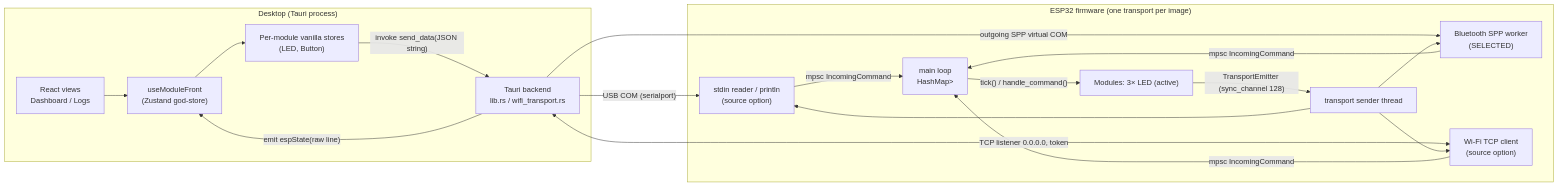
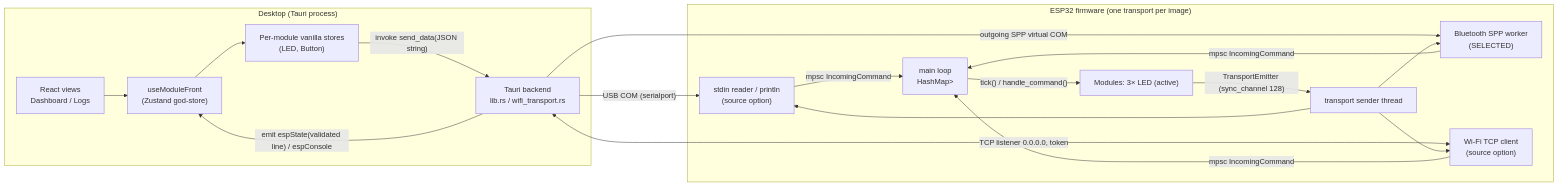
The diagram in docs/audits/architecture/current-system.md (Adeun-Ilemobola/Pinora_Templat), drawn with Mermaid before and after one commit. The commit also changed other lines of this file and 8 other files, not shown here.

First line of the commit message:
docs,ci: document pairing window and espConsole; run Tauri tests in CI (Phase 1C)

````diff
--- a/docs/audits/architecture/current-system.md
+++ b/docs/audits/architecture/current-system.md
@@ -37,21 +37,21 @@
 ```mermaid
 flowchart LR
   subgraph Desktop["Desktop (Tauri process)"]
     React["React views\nDashboard / Logs"] --> Store["useModuleFront\n(Zustand god-store)"]
     Store --> ModStores["Per-module vanilla stores\n(LED, Button)"]
     ModStores -->|"invoke send_data(JSON string)"| Tauri["Tauri backend\nlib.rs / wifi_transport.rs"]
-    Tauri -->|"emit espState(raw line)"| Store
+    Tauri -->|"emit espState(validated line) / espConsole"| Store
   end
   Tauri -->|"USB COM (serialport)"| UART
   Tauri -->|"outgoing SPP virtual COM"| SPP
   Tauri <-->|"TCP listener 0.0.0.0, token"| WIFI
   subgraph ESP32["ESP32 firmware (one transport per image)"]
     SPP["Bluetooth SPP worker\n(SELECTED)"]
     WIFI["Wi-Fi TCP client\n(source option)"]
     UART["stdin reader / println\n(source option)"]
     SPP & WIFI & UART -->|"mpsc IncomingCommand"| Loop["main loop\nHashMap<UUID, Box<dyn Module>>"]
     Loop -->|"tick() / handle_command()"| Mods["Modules: 3× LED (active)"]
     Mods -->|"TransportEmitter (sync_channel 128)"| Sender["transport sender thread"]
     Sender --> SPP & WIFI & UART
   end
 ```
````
